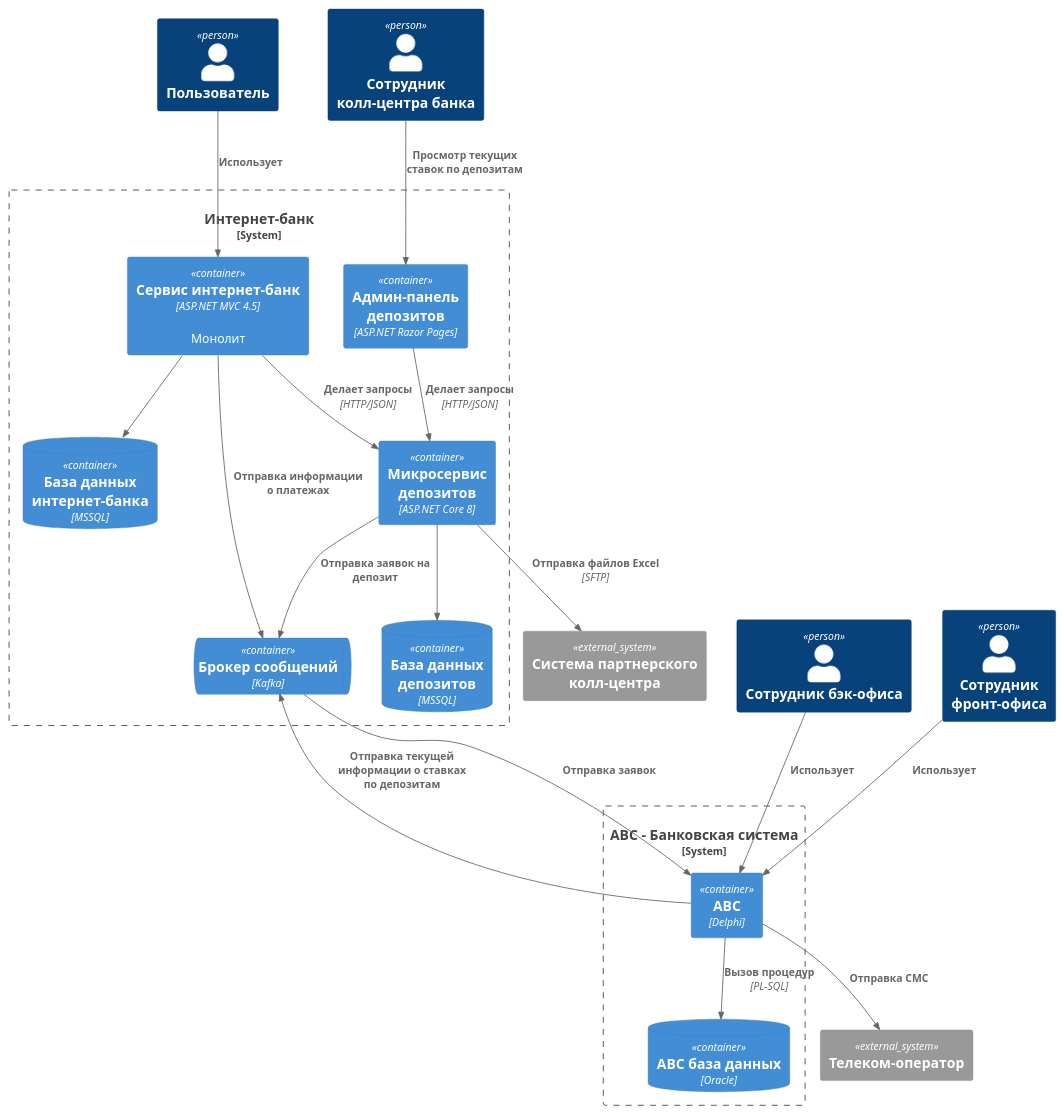
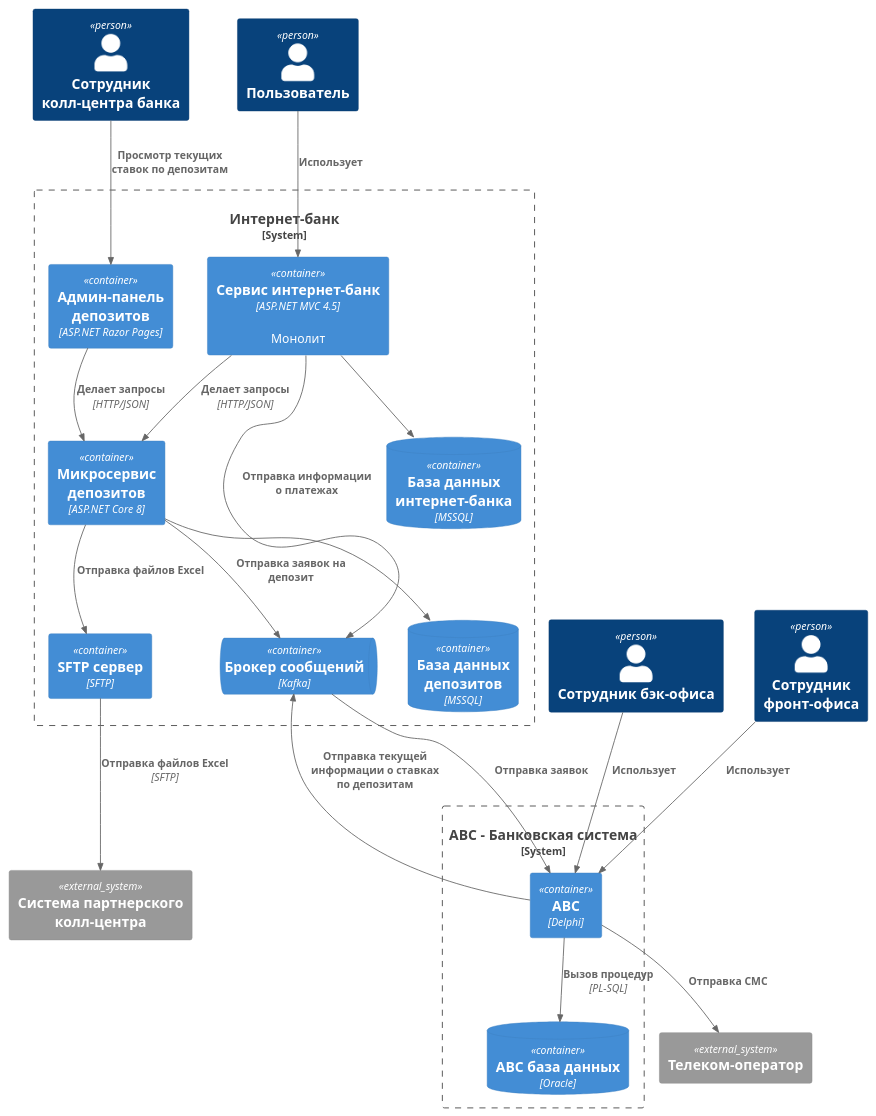
Before and after one commit to Dazklein/architecture-standart: the diagram in Task4/c4/container.puml, drawn with PlantUML. The commit also changed 2 other files, not shown here.

Commit message:
Исправление замечаний по Карте IT-ландшафта и по измененной диаграмме контейнеров

```diff
--- a/Task4/c4/container.puml
+++ b/Task4/c4/container.puml
@@ -1,51 +1,53 @@
 @startuml
 
 !include <C4/C4_Container>
 
 Person(User, "Пользователь")
 Person(EmployeeBack, "Сотрудник бэк-офиса")
 Person(EmployeeFront, "Сотрудник фронт-офиса")
 Person(CallCenter, "Сотрудник колл-центра банка")
 
 System_Ext(PartnerCallCenter, "Система партнерского колл-центра")
 
 System_Boundary(ABC_Boundary, "ABC - Банковская система") {
     Container(ABC, "ABC", "Delphi")
     ContainerDb(ABC_Db, "ABC база данных", "Oracle")
     
     Rel(ABC, ABC_Db, "Вызов процедур", "PL-SQL")
 }
 
 System_Boundary(InternetBankSystem, "Интернет-банк") {
     Container(InternetBank_Monolith, "Сервис интернет-банк", "ASP.NET MVC 4.5", "Монолит")
     ContainerDb(InternetBankDb, "База данных\n интернет-банка", "MSSQL")
     
     Container(Internet_Bank_DepositWeb, "Админ-панель депозитов", "ASP.NET Razor Pages")
     Container(InternetBank_Deposit, "Микросервис депозитов", "ASP.NET Core 8")
+    Container(InternetBank_Deposit_SFTP, "SFTP сервер", "SFTP")
     ContainerDb(InternetBank_DepositDb, "База данных депозитов", "MSSQL")
     
     ContainerQueue(QueueBroker, "Брокер сообщений", "Kafka")
     
     Rel(InternetBank_Monolith, InternetBankDb, "")
     Rel(InternetBank_Deposit, InternetBank_DepositDb, "")
     
     Rel(InternetBank_Monolith, InternetBank_Deposit, "Делает запросы", "HTTP/JSON")
     Rel(Internet_Bank_DepositWeb, InternetBank_Deposit, "Делает запросы", "HTTP/JSON")
+    Rel(InternetBank_Deposit, InternetBank_Deposit_SFTP, "Отправка файлов Excel")
 }
 
 System_Ext(SMS, "Телеком-оператор")
 
 Rel(User, InternetBank_Monolith, "Использует")
 Rel(EmployeeBack, ABC, "Использует")
 Rel(EmployeeFront, ABC, "Использует")
 
 Rel(ABC, SMS, "Отправка СМС")
 Rel(InternetBank_Deposit, QueueBroker, "Отправка заявок на депозит")
 Rel(InternetBank_Monolith, QueueBroker, "Отправка информации о платежах")
 Rel(QueueBroker, ABC, "Отправка заявок")
 Rel(ABC, QueueBroker, "Отправка текущей информации о ставках по депозитам")
 
 Rel(CallCenter, Internet_Bank_DepositWeb, "Просмотр текущих ставок по депозитам")
-Rel(InternetBank_Deposit, PartnerCallCenter, "Отправка файлов Excel", "SFTP")
+Rel(InternetBank_Deposit_SFTP, PartnerCallCenter, "Отправка файлов Excel", "SFTP")
 
 @enduml
```
